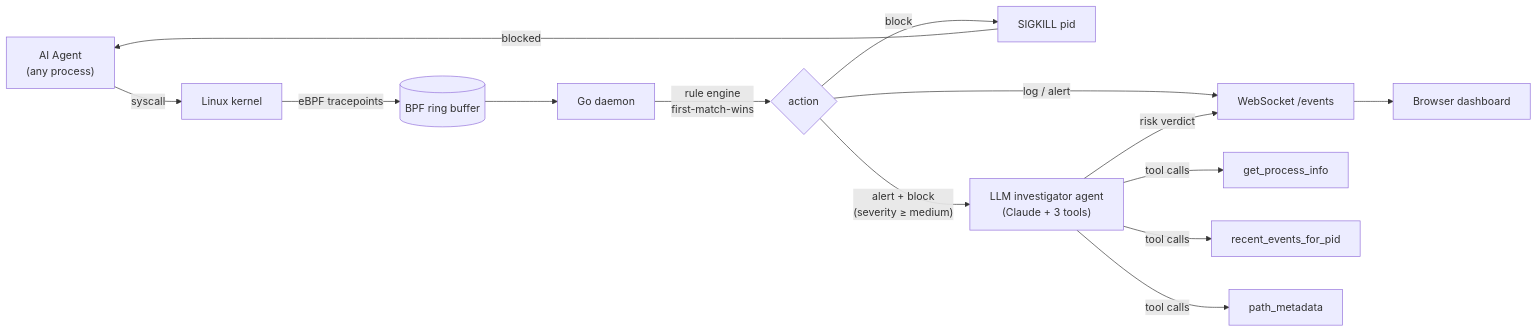
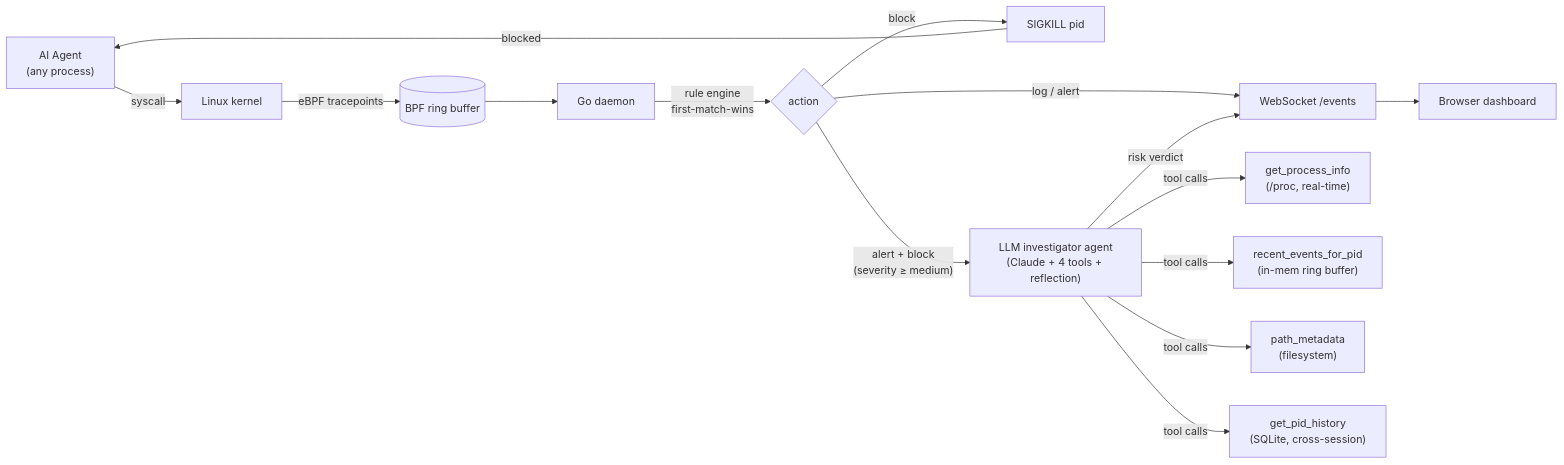
The diagram in README.md (keith991001/agent-shield), drawn with Mermaid before and after one commit. The commit also changed other lines of this file and 2 other files, not shown here.

````diff
--- a/README.md
+++ b/README.md
@@ -93,16 +93,17 @@
 ```mermaid
 flowchart LR
     A["AI Agent<br/>(any process)"] -- syscall --> K["Linux kernel"]
     K -- "eBPF tracepoints" --> RB[("BPF ring buffer")]
     RB --> D["Go daemon"]
     D -- "rule engine<br/>first-match-wins" --> R{action}
     R -- "log / alert" --> WS
     R -- "block" --> KILL["SIGKILL pid"]
     R -- "alert + block<br/>(severity ≥ medium)" --> INV
-    INV["LLM investigator agent<br/>(Claude + 3 tools)"] -- "risk verdict" --> WS
-    INV -- tool calls --> T1["get_process_info"]
-    INV -- tool calls --> T2["recent_events_for_pid"]
-    INV -- tool calls --> T3["path_metadata"]
+    INV["LLM investigator agent<br/>(Claude + 4 tools + reflection)"] -- "risk verdict" --> WS
+    INV -- tool calls --> T1["get_process_info<br/>(/proc, real-time)"]
+    INV -- tool calls --> T2["recent_events_for_pid<br/>(in-mem ring buffer)"]
+    INV -- tool calls --> T3["path_metadata<br/>(filesystem)"]
+    INV -- tool calls --> T4["get_pid_history<br/>(SQLite, cross-session)"]
     WS["WebSocket /events"] --> B["Browser dashboard"]
     KILL -- "blocked" --> A
 ```
````
